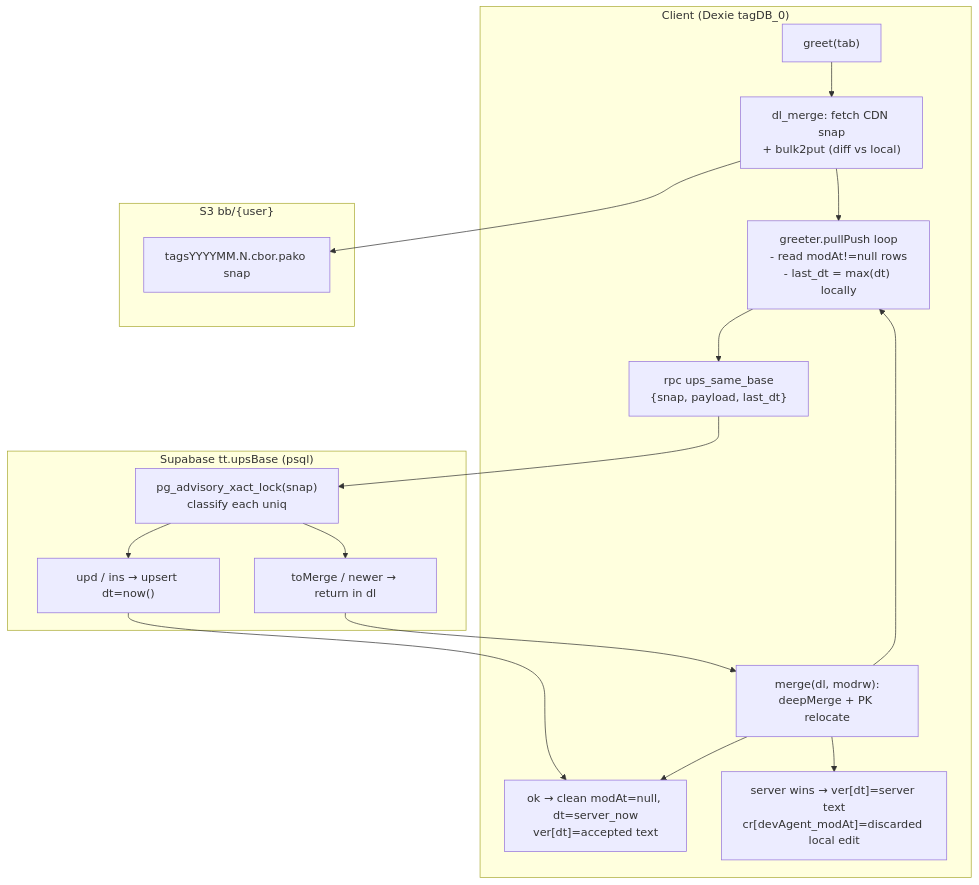
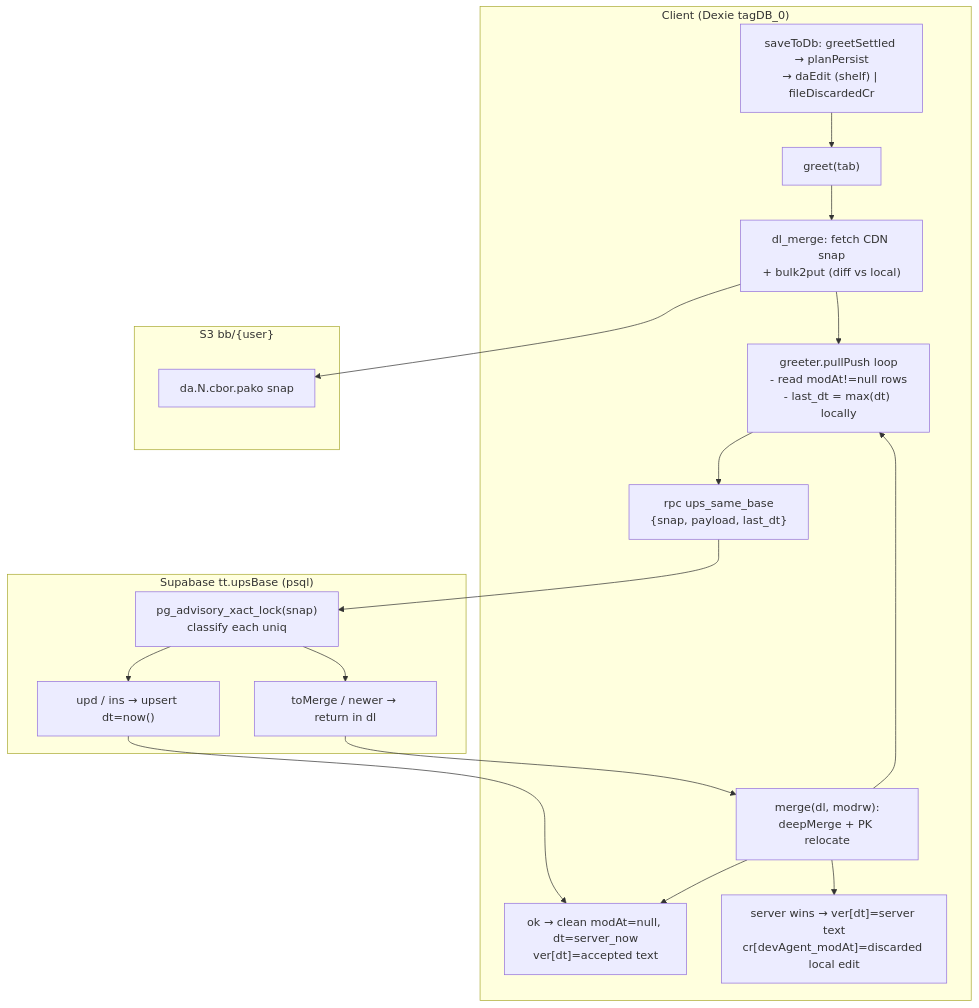
Before and after one commit to wasoko/xbb: the first of 7 diagrams in docs/greet.md, drawn with Mermaid. The commit also changed other lines of this file and 25 other files, not shown here.

````diff
--- a/docs/greet.md
+++ b/docs/greet.md
@@ -22,26 +22,28 @@
 ```mermaid
 flowchart TD
     subgraph Client["Client (Dexie tagDB_0)"]
         A["greet(tab)"]
+        P["saveToDb: greetSettled → planPersist<br/>→ daEdit (shelf) | fileDiscardedCr"]
         B["dl_merge: fetch CDN snap<br/>+ bulk2put (diff vs local)"]
         C["greeter.pullPush loop<br/>- read modAt!=null rows<br/>- last_dt = max(dt) locally"]
         D["rpc ups_same_base<br/>{snap, payload, last_dt}"]
         E["merge(dl, modrw):<br/>deepMerge + PK relocate"]
         F["ok → clean modAt=null, dt=server_now<br/>ver[dt]=accepted text"]
         K["server wins → ver[dt]=server text<br/>cr[devAgent_modAt]=discarded local edit"]
     end
     subgraph Server["Supabase tt.upsBase (psql)"]
         G["pg_advisory_xact_lock(snap)<br/>classify each uniq"]
         H["upd / ins → upsert dt=now()"]
         I["toMerge / newer → return in dl"]
     end
     subgraph CDN["S3 bb/{user}"]
-        J["tagsYYYYMM.N.cbor.pako snap"]
+        J["da.N.cbor.pako snap"]
     end
     A --> B --> J
     B --> C --> D --> G
     G --> H --> F
     G --> I --> E --> F
     E --> K
     E --> C
+    P --> A
 ```
````
